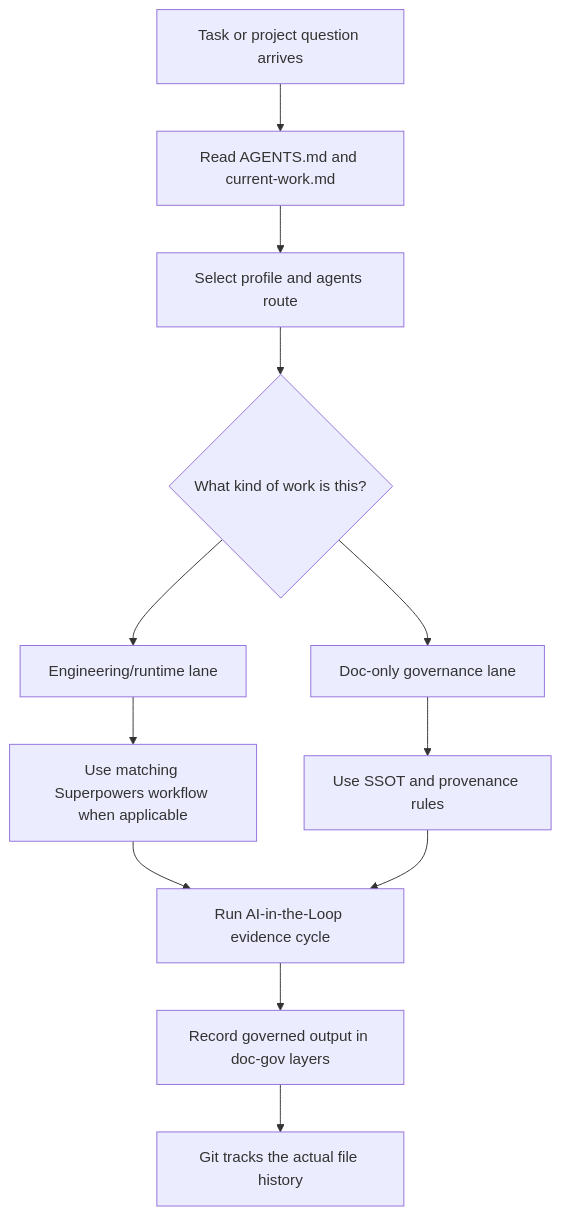
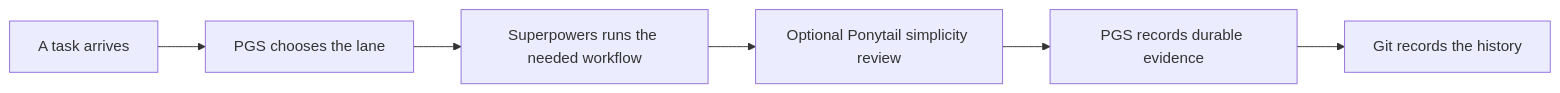
Before and after one commit to PieAIStudio/ProjectGovernanceSystem: the diagram in README.md, drawn with Mermaid. The commit also changed other lines of this file and 12 other files, not shown here.

````diff
--- a/README.md
+++ b/README.md
@@ -36,14 +56,8 @@
 ```mermaid
-flowchart TD
-  A["Task or project question arrives"] --> B["Read AGENTS.md and current-work.md"]
-  B --> C["Select profile and agents route"]
-  C --> D{"What kind of work is this?"}
-  D --> E["Doc-only governance lane"]
-  D --> F["Engineering/runtime lane"]
-  F --> G["Use matching Superpowers workflow when applicable"]
-  E --> H["Use SSOT and provenance rules"]
-  G --> I["Run AI-in-the-Loop evidence cycle"]
-  H --> I
-  I --> J["Record governed output in doc-gov layers"]
-  J --> K["Git tracks the actual file history"]
+flowchart LR
+  A["A task arrives"] --> B["PGS chooses the lane"]
+  B --> C["Superpowers runs the needed workflow"]
+  C --> D["Optional Ponytail simplicity review"]
+  D --> E["PGS records durable evidence"]
+  E --> F["Git records the history"]
 ```
````
